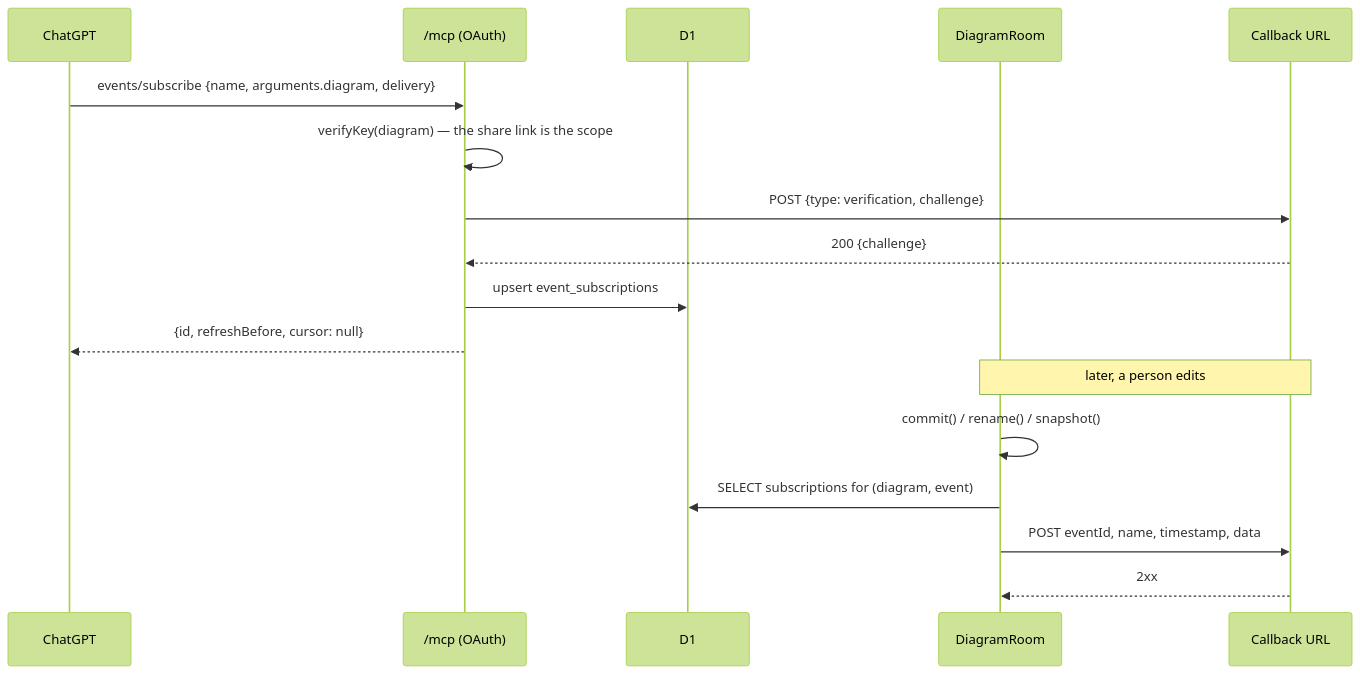
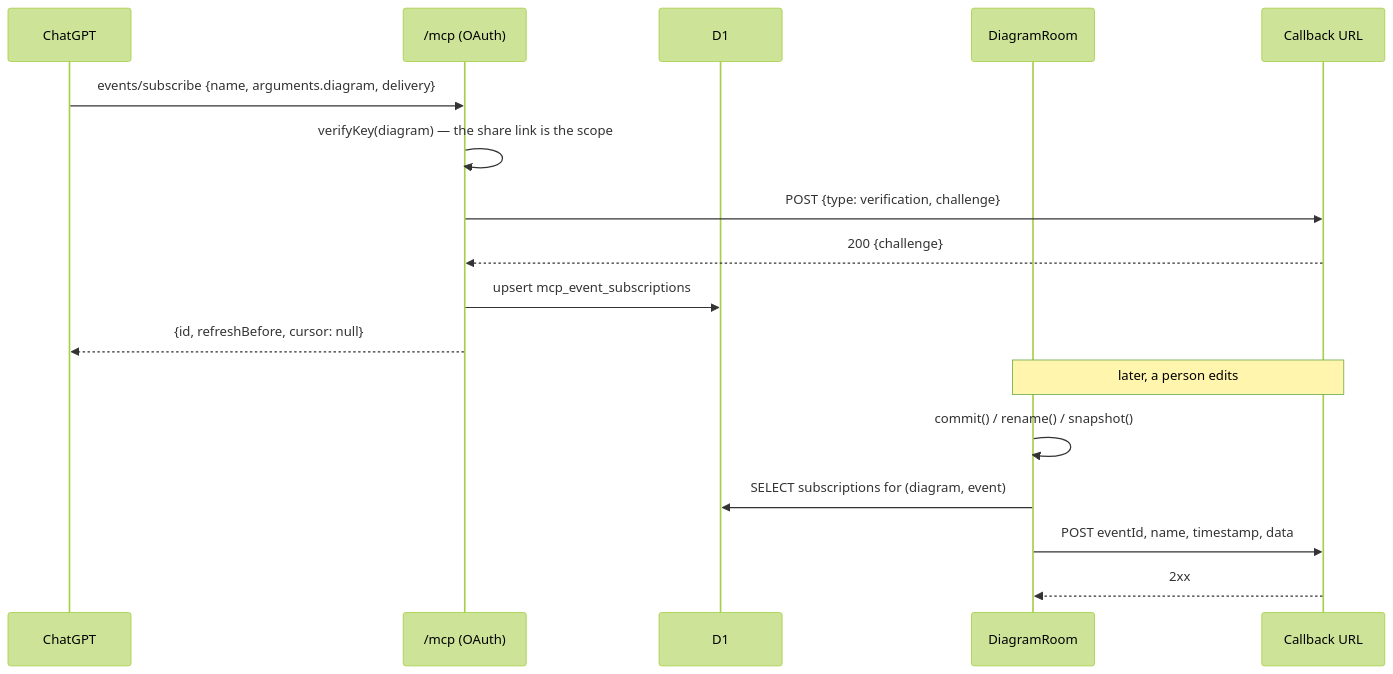
Before and after one commit to aranlucas/system-design-companion: the seventh of 10 diagrams in docs/design.md, drawn with Mermaid (forest theme). The commit also changed other lines of this file and 10 other files, not shown here.

Commit message:
Simplify MCP subscription storage and schema definitions

````diff
--- a/docs/design.md
+++ b/docs/design.md
@@ -269,21 +264,21 @@
 ```mermaid
 sequenceDiagram
     participant Chat as ChatGPT
     participant MCP as /mcp (OAuth)
     participant DB as D1
     participant Room as DiagramRoom
     participant Hook as Callback URL
 
     Chat->>MCP: events/subscribe {name, arguments.diagram, delivery}
     MCP->>MCP: verifyKey(diagram) — the share link is the scope
     MCP->>Hook: POST {type: verification, challenge}
     Hook-->>MCP: 200 {challenge}
-    MCP->>DB: upsert event_subscriptions
+    MCP->>DB: upsert mcp_event_subscriptions
     MCP-->>Chat: {id, refreshBefore, cursor: null}
 
     Note over Room,Hook: later, a person edits
     Room->>Room: commit() / rename() / snapshot()
     Room->>DB: SELECT subscriptions for (diagram, event)
     Room->>Hook: POST eventId, name, timestamp, data
     Hook-->>Room: 2xx
 ```
````
